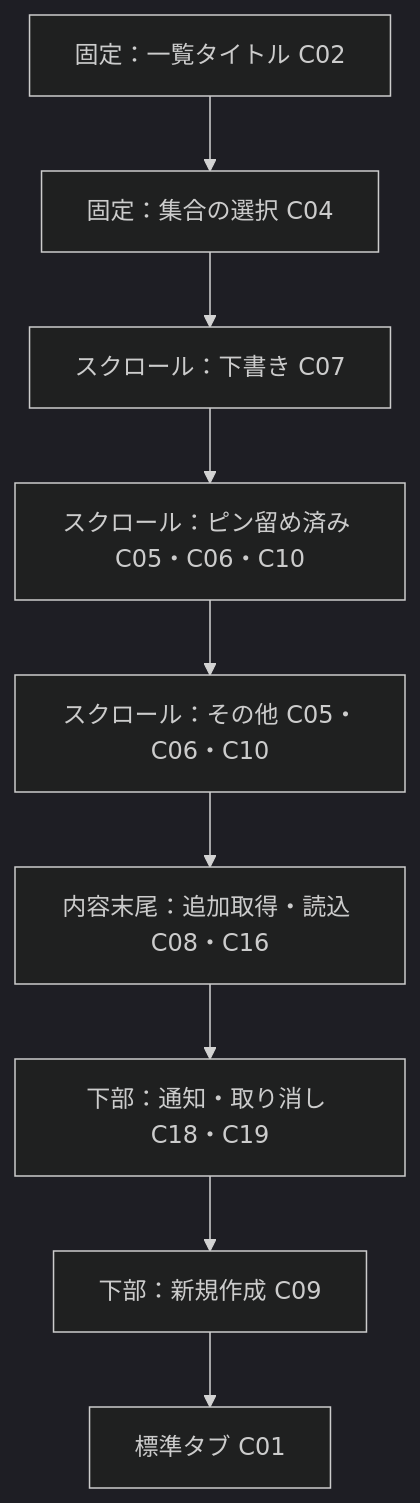
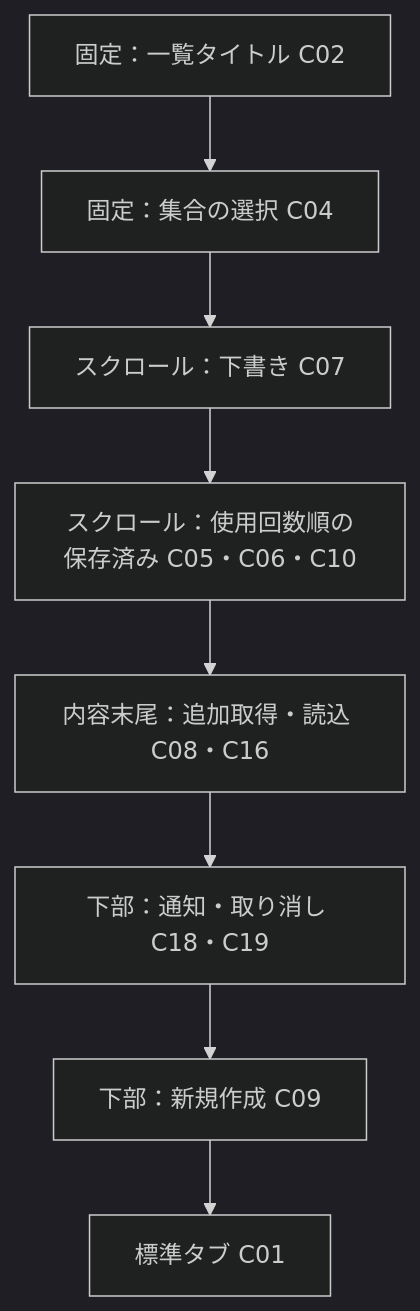
The second of 4 diagrams in docs/design/screens.md (9uiLe/nibble), drawn with Mermaid (dark theme) before and after one commit. The commit also changed other lines of this file and 24 other files, not shown here.

````diff
--- a/docs/design/screens.md
+++ b/docs/design/screens.md
@@ -35,11 +35,10 @@
 ```mermaid
 flowchart TB
     H[固定：一覧タイトル C02] --> F[固定：集合の選択 C04]
     F --> D[スクロール：下書き C07]
-    D --> P[スクロール：ピン留め済み C05・C06・C10]
-    P --> O[スクロール：その他 C05・C06・C10]
+    D --> O[スクロール：使用回数順の保存済み C05・C06・C10]
     O --> M[内容末尾：追加取得・読込 C08・C16]
     M --> N[下部：通知・取り消し C18・C19]
     N --> C[下部：新規作成 C09]
     C --> T[標準タブ C01]
 ```
````
